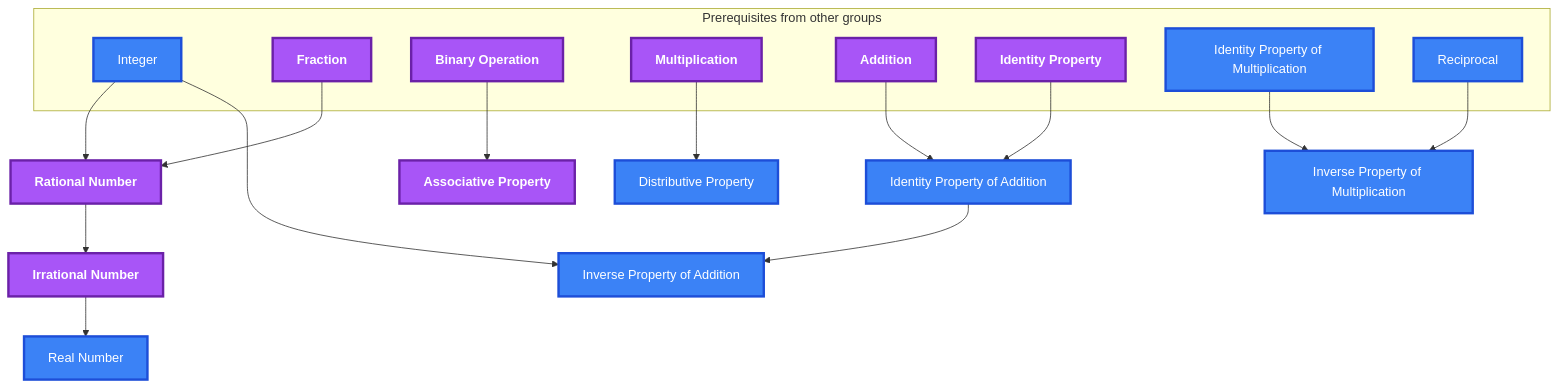
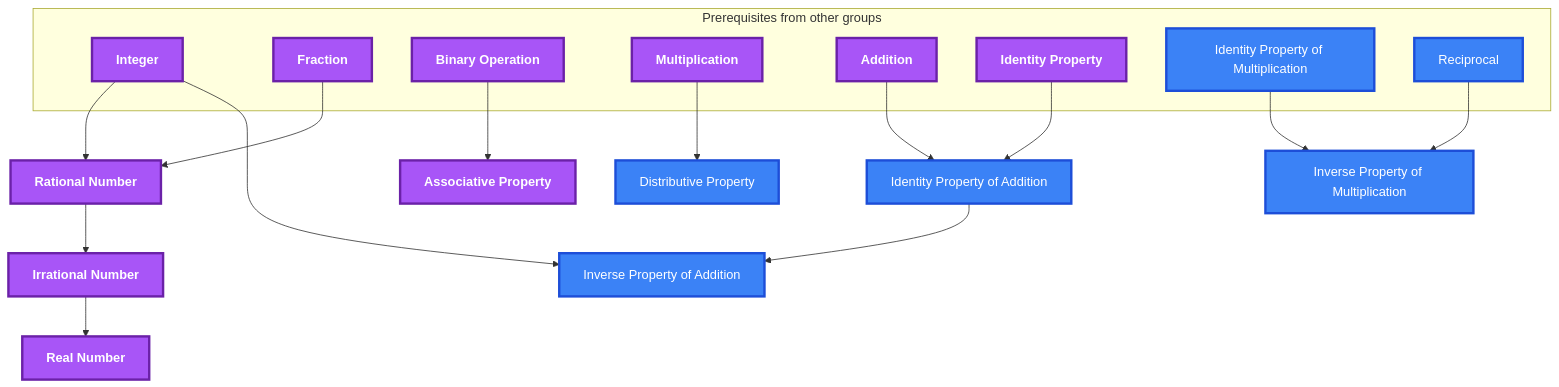
One commit to MRauf1/My-Notes changed the seventh of 10 diagrams in Gamification/Skill Trees/Pre-Algebra.md. Above: the diagram before and after it, drawn with Mermaid. The commit also changed other lines of this file and 73 other files, not shown here.

````diff
--- a/Gamification/Skill Trees/Pre-Algebra.md
+++ b/Gamification/Skill Trees/Pre-Algebra.md
@@ -353,45 +353,45 @@
 ```mermaid
 flowchart TD
     classDef planned fill:#1E293B,stroke:#64748B,stroke-width:2px,stroke-dasharray:5 5,color:#94A3B8;
     classDef locked fill:#334155,stroke:#475569,stroke-width:2px,color:#94A3B8;
     classDef L0 fill:#F1F5F9,stroke:#94A3B8,stroke-width:2px,color:#000000;
     classDef L1 fill:#22C55E,stroke:#15803D,stroke-width:2px,color:#000000;
     classDef L2 fill:#3B82F6,stroke:#1D4ED8,stroke-width:3px,color:#FFFFFF;
     classDef L3 fill:#A855F7,stroke:#6B21A8,stroke-width:3px,color:#FFFFFF,font-weight:bold;
     classDef L4 fill:#F97316,stroke:#C2410C,stroke-width:4px,color:#000000,font-weight:bold;
     classDef L5 fill:#FFD700,stroke:#FF8C00,stroke-width:5px,color:#000000,font-weight:bold;
     classDef rusty stroke:#8B4513,stroke-width:4px,stroke-dasharray:3 3;
     subgraph sg_prereqs["Prerequisites from other groups"]
         n_integer["Integer"]
         n_fraction["Fraction"]
         n_binary_operation["Binary Operation"]
         n_multiplication["Multiplication"]
         n_addition["Addition"]
         n_identity_property["Identity Property"]
         n_identity_property_of_multiplication["Identity Property of Multiplication"]
         n_reciprocal["Reciprocal"]
     end
     n_rational_number["Rational Number"]
     n_irrational_number["Irrational Number"]
     n_real_number["Real Number"]
     n_associative_property["Associative Property"]
     n_distributive_property["Distributive Property"]
     n_identity_property_of_addition["Identity Property of Addition"]
     n_inverse_property_of_addition["Inverse Property of Addition"]
     n_inverse_property_of_multiplication["Inverse Property of Multiplication"]
     n_integer --> n_rational_number
     n_fraction --> n_rational_number
     n_rational_number --> n_irrational_number
     n_irrational_number --> n_real_number
     n_binary_operation --> n_associative_property
     n_multiplication --> n_distributive_property
     n_addition --> n_identity_property_of_addition
     n_identity_property --> n_identity_property_of_addition
     n_integer --> n_inverse_property_of_addition
     n_identity_property_of_addition --> n_inverse_property_of_addition
     n_identity_property_of_multiplication --> n_inverse_property_of_multiplication
     n_reciprocal --> n_inverse_property_of_multiplication
-    class n_integer,n_identity_property_of_multiplication,n_reciprocal,n_real_number,n_distributive_property,n_identity_property_of_addition,n_inverse_property_of_addition,n_inverse_property_of_multiplication L2;
-    class n_fraction,n_binary_operation,n_multiplication,n_addition,n_identity_property,n_rational_number,n_irrational_number,n_associative_property L3;
+    class n_identity_property_of_multiplication,n_reciprocal,n_distributive_property,n_identity_property_of_addition,n_inverse_property_of_addition,n_inverse_property_of_multiplication L2;
+    class n_integer,n_fraction,n_binary_operation,n_multiplication,n_addition,n_identity_property,n_rational_number,n_irrational_number,n_real_number,n_associative_property L3;
     class n_integer,n_fraction,n_binary_operation,n_multiplication,n_addition,n_identity_property,n_identity_property_of_multiplication,n_reciprocal,n_rational_number,n_irrational_number,n_real_number,n_associative_property,n_distributive_property,n_identity_property_of_addition,n_inverse_property_of_addition,n_inverse_property_of_multiplication internal-link;
 ```
````
